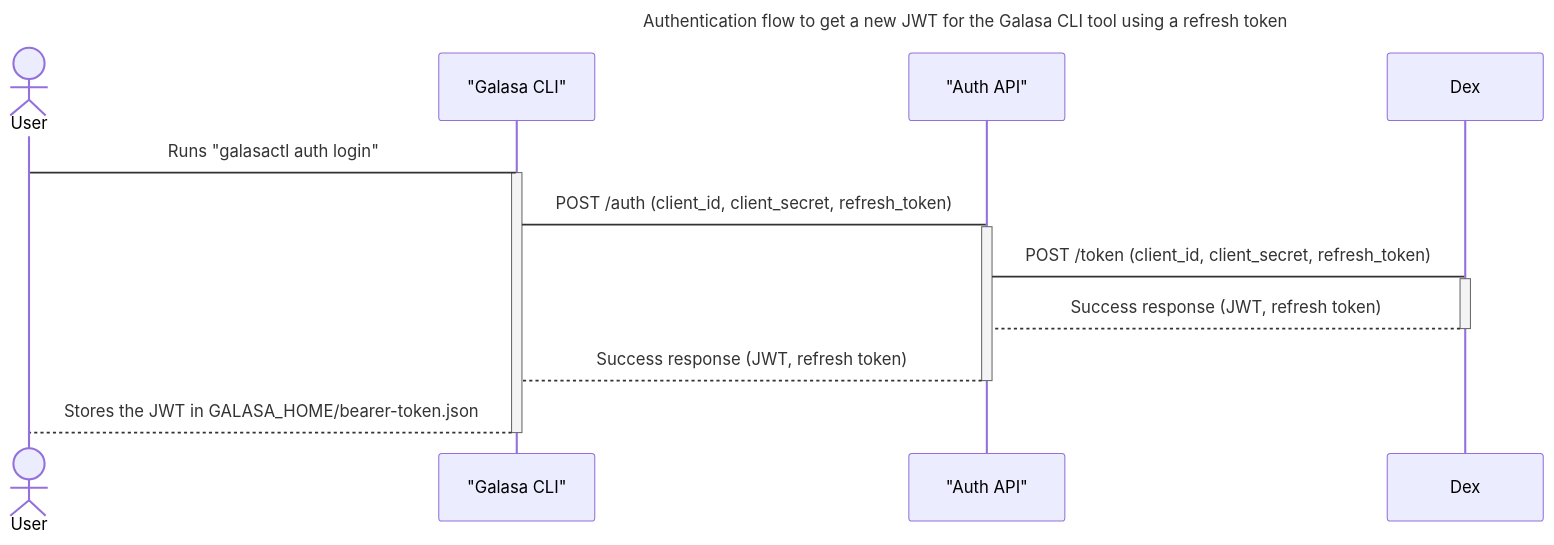
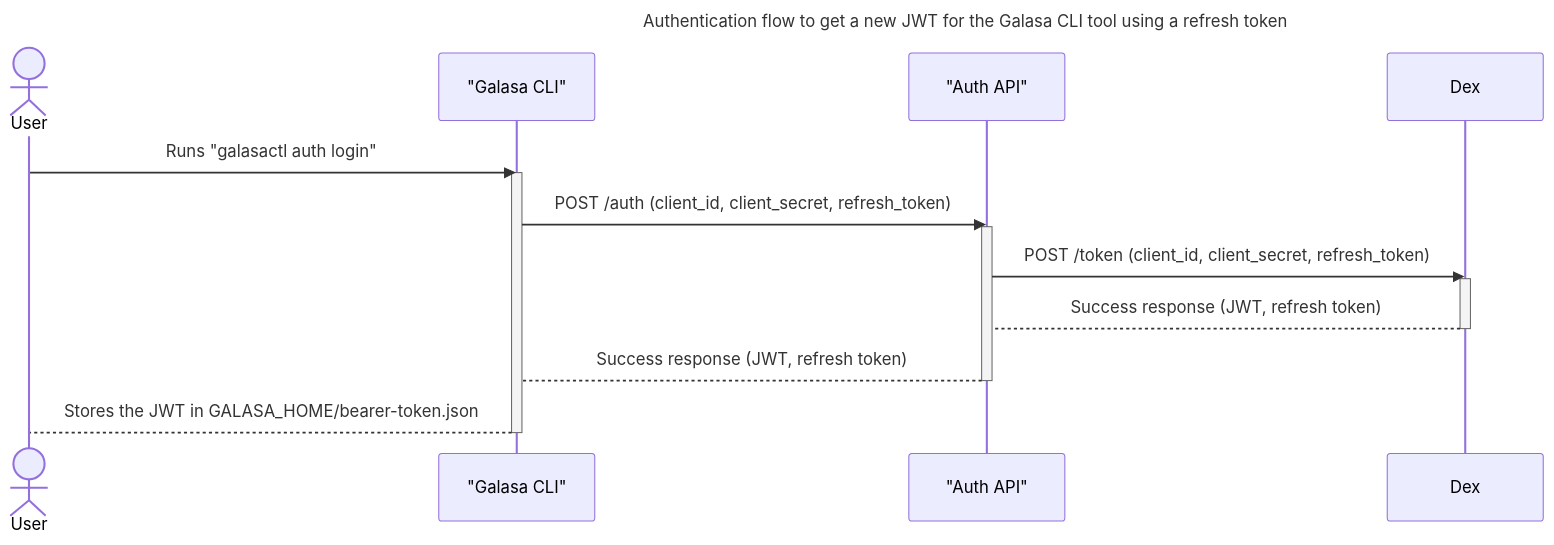
One commit to jadecarino/galasa changed the third of 7 diagrams in modules/framework/docs/design/authentication-design.md. Above: the diagram before and after it, drawn with Mermaid. The commit also changed other lines of this file, not shown here.

````diff
--- a/modules/framework/docs/design/authentication-design.md
+++ b/modules/framework/docs/design/authentication-design.md
@@ -96,26 +96,26 @@
 ```mermaid
     sequenceDiagram
 
     title Authentication flow to get a new JWT for the Galasa CLI tool using a refresh token
 
     actor User
     participant GalasaCLI as "Galasa CLI"
     participant AuthAPI as "Auth API"
     participant Dex
 
-    User -> GalasaCLI: Runs "galasactl auth login"
+    User ->> GalasaCLI: Runs "galasactl auth login"
     activate GalasaCLI
 
-    GalasaCLI -> AuthAPI: POST /auth (client_id, client_secret, refresh_token)
+    GalasaCLI ->> AuthAPI: POST /auth (client_id, client_secret, refresh_token)
     activate AuthAPI
 
-    AuthAPI -> Dex: POST /token (client_id, client_secret, refresh_token)
+    AuthAPI ->> Dex: POST /token (client_id, client_secret, refresh_token)
     activate Dex
     Dex --> AuthAPI: Success response (JWT, refresh token)
     deactivate Dex
     AuthAPI --> GalasaCLI: Success response (JWT, refresh token)
     deactivate AuthAPI
 
     GalasaCLI --> User: Stores the JWT in GALASA_HOME/bearer-token.json
     deactivate GalasaCLI
 ```
````
